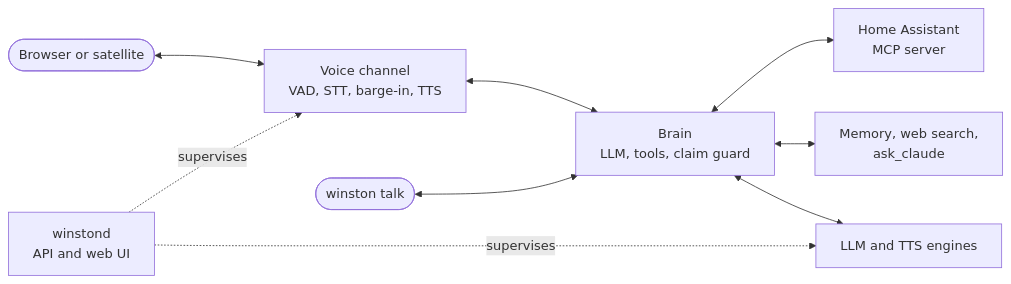
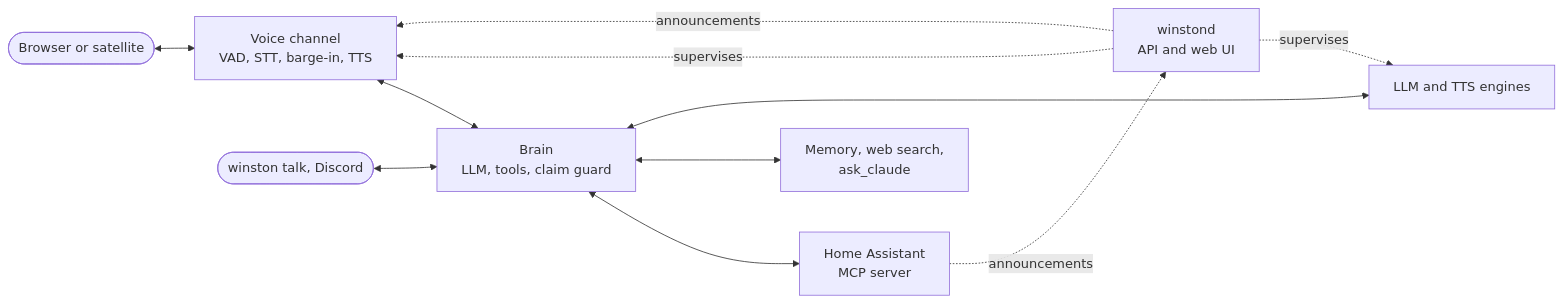
Before and after one commit to aldinsmajlovic/winston: the diagram in README.md, drawn with Mermaid. The commit also changed other lines of this file and 5 other files, not shown here.

First line of the commit message:
Docs: tools, announcements and Discord pages; README reflects them

````diff
--- a/README.md
+++ b/README.md
@@ -55,11 +61,13 @@
 ```mermaid
 flowchart LR
   mic([Browser or satellite]) <--> voice[Voice channel<br/>VAD, STT, barge-in, TTS]
-  cli([winston talk]) <--> brain
+  cli([winston talk, Discord]) <--> brain
   voice <--> brain[Brain<br/>LLM, tools, claim guard]
   brain <--> ha[Home Assistant<br/>MCP server]
   brain <--> tools[Memory, web search,<br/>ask_claude]
   winstond[winstond<br/>API and web UI] -. supervises .-> voice
   winstond -. supervises .-> engines[LLM and TTS engines]
+  ha -. announcements .-> winstond
+  winstond -. announcements .-> voice
   brain <--> engines
 ```
````
